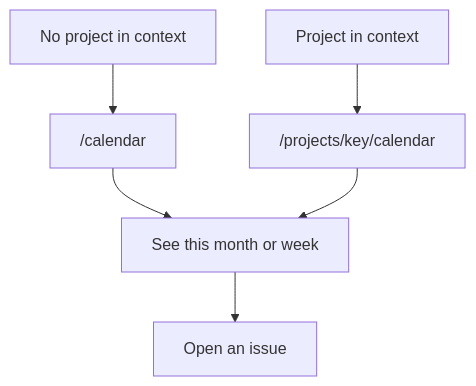
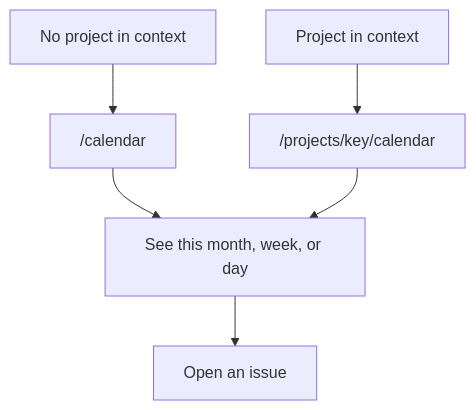
The diagram in docs/adr/month-calendar.md (Mathotics/Keel), drawn with Mermaid before and after one commit. The commit also changed other lines of this file and 11 other files, not shown here.

````diff
--- a/docs/adr/month-calendar.md
+++ b/docs/adr/month-calendar.md
@@ -81,12 +87,12 @@
 ```mermaid
 flowchart TD
   outside[No project in context]
   inside[Project in context]
   master["/calendar"]
   project["/projects/key/calendar"]
-  month[See this month or week]
+  month[See this month, week, or day]
   issue[Open an issue]
   outside --> master --> month
   inside --> project --> month
   month --> issue
 ```
````
